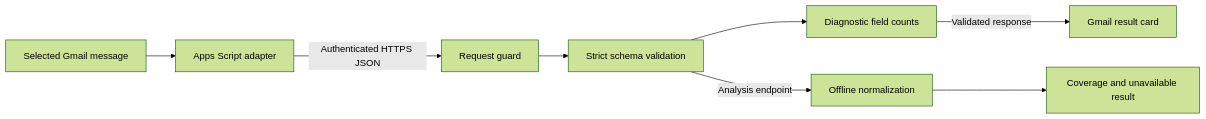
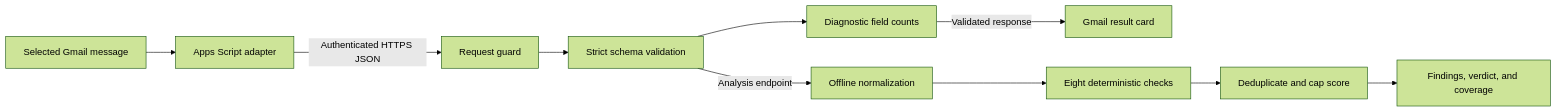
The diagram in README.md (ShaharMaaravi/upwind-mail-guard), drawn with Mermaid (forest theme) before and after one commit. The commit also changed other lines of this file and 15 other files, not shown here.

````diff
--- a/README.md
+++ b/README.md
@@ -72,10 +75,12 @@
 ```mermaid
 flowchart LR
     G[Selected Gmail message] --> A[Apps Script adapter]
     A -->|Authenticated HTTPS JSON| B[Request guard]
     B --> V[Strict schema validation]
     V --> D[Diagnostic field counts]
     D -->|Validated response| C[Gmail result card]
     V -->|Analysis endpoint| N[Offline normalization]
-    N --> U[Coverage and unavailable result]
+    N --> R[Eight deterministic checks]
+    R --> S[Deduplicate and cap score]
+    S --> U[Findings, verdict, and coverage]
 ```
````
